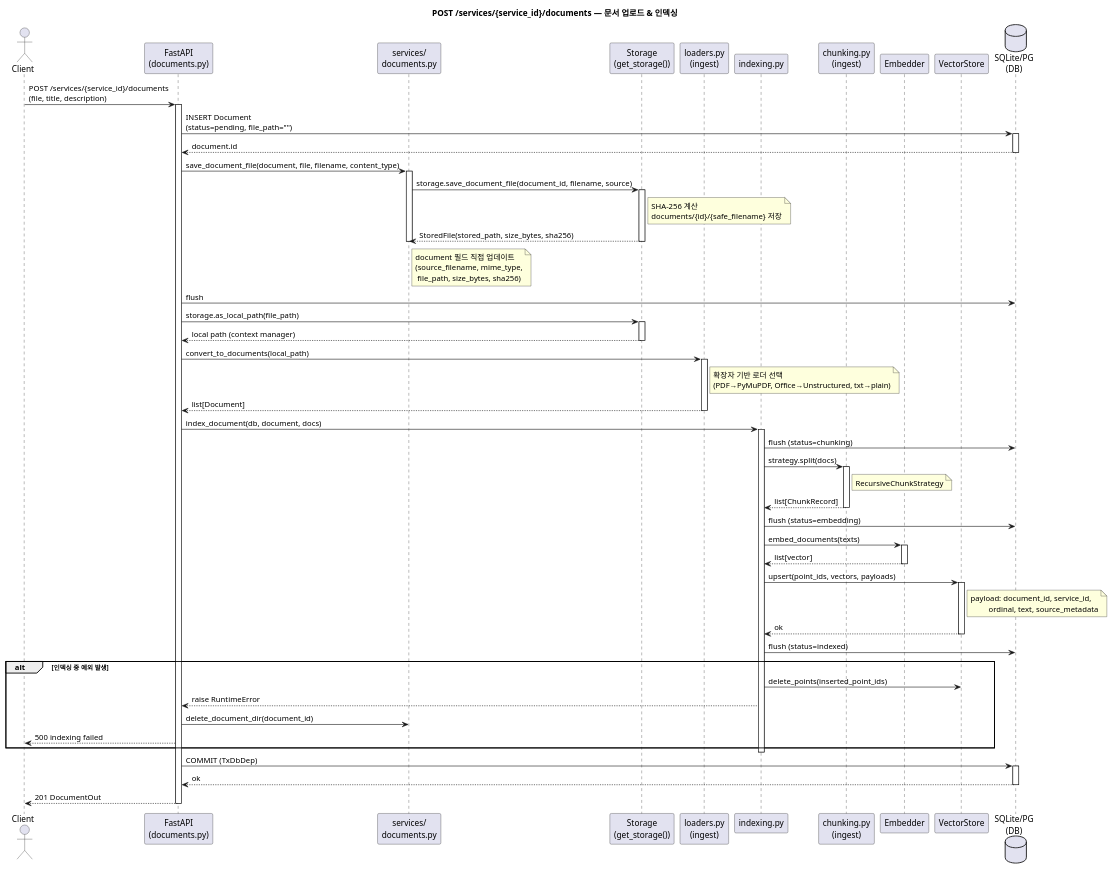
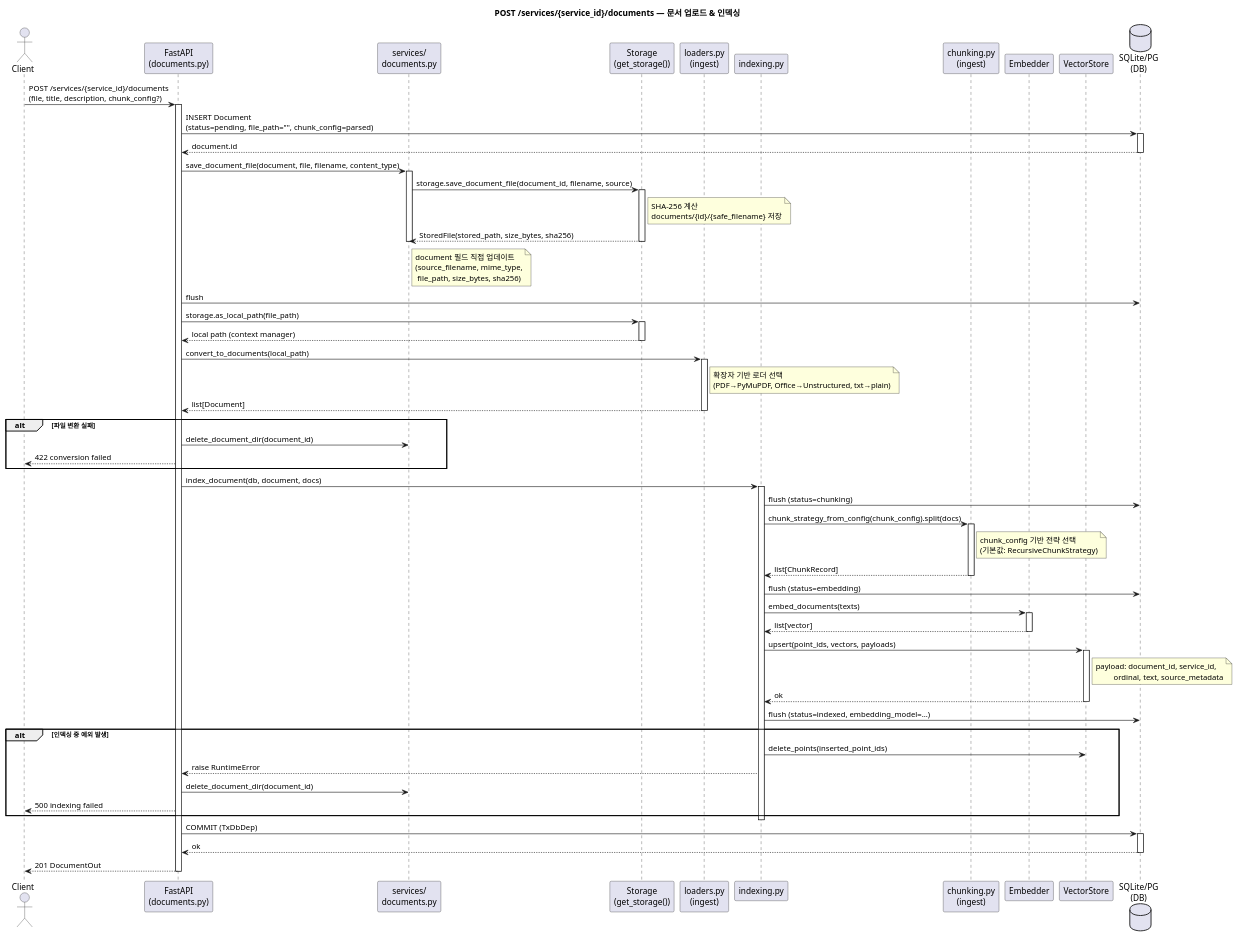
The diagram in docs/diagrams/document_create.puml (sigmoidx0/ragkit), drawn with PlantUML before and after one commit. The commit also changed 36 other files, not shown here.

```diff
--- a/docs/diagrams/document_create.puml
+++ b/docs/diagrams/document_create.puml
@@ -1,106 +1,112 @@
 @startuml Document Create
 
 title POST /services/{service_id}/documents — 문서 업로드 & 인덱싱
 
 actor Client
 participant "FastAPI\n(documents.py)" as API
 participant "services/\ndocuments.py" as SVC
 participant "Storage\n(get_storage())" as FS
 participant "loaders.py\n(ingest)" as LDR
 participant "indexing.py" as IDX
 participant "chunking.py\n(ingest)" as ING
 participant "Embedder" as EMB
 participant "VectorStore" as QD
 database "SQLite/PG\n(DB)" as DB
 
-Client -> API : POST /services/{service_id}/documents\n(file, title, description)
+Client -> API : POST /services/{service_id}/documents\n(file, title, description, chunk_config?)
 activate API
 
-API -> DB : INSERT Document\n(status=pending, file_path="")
+API -> DB : INSERT Document\n(status=pending, file_path="", chunk_config=parsed)
 activate DB
 DB --> API : document.id
 deactivate DB
 
 API -> SVC : save_document_file(document, file, filename, content_type)
 activate SVC
 SVC -> FS : storage.save_document_file(document_id, filename, source)
 activate FS
 note right of FS
   SHA-256 계산
   documents/{id}/{safe_filename} 저장
 end note
 FS --> SVC : StoredFile(stored_path, size_bytes, sha256)
 deactivate FS
 note right of SVC
   document 필드 직접 업데이트
   (source_filename, mime_type,
    file_path, size_bytes, sha256)
 end note
 deactivate SVC
 
 API -> DB : flush
 
 API -> FS : storage.as_local_path(file_path)
 activate FS
 FS --> API : local path (context manager)
 deactivate FS
 
 API -> LDR : convert_to_documents(local_path)
 activate LDR
 note right of LDR
   확장자 기반 로더 선택
   (PDF→PyMuPDF, Office→Unstructured, txt→plain)
 end note
 LDR --> API : list[Document]
 deactivate LDR
 
+alt 파일 변환 실패
+  API -> SVC : delete_document_dir(document_id)
+  API --> Client : 422 conversion failed
+end
+
 API -> IDX : index_document(db, document, docs)
 activate IDX
 
 IDX -> DB : flush (status=chunking)
 
-IDX -> ING : strategy.split(docs)
+IDX -> ING : chunk_strategy_from_config(chunk_config).split(docs)
 activate ING
 note right of ING
-  RecursiveChunkStrategy
+  chunk_config 기반 전략 선택
+  (기본값: RecursiveChunkStrategy)
 end note
 ING --> IDX : list[ChunkRecord]
 deactivate ING
 
 IDX -> DB : flush (status=embedding)
 
 IDX -> EMB : embed_documents(texts)
 activate EMB
 EMB --> IDX : list[vector]
 deactivate EMB
 
 IDX -> QD : upsert(point_ids, vectors, payloads)
 activate QD
 note right of QD
   payload: document_id, service_id,
            ordinal, text, source_metadata
 end note
 QD --> IDX : ok
 deactivate QD
 
-IDX -> DB : flush (status=indexed)
+IDX -> DB : flush (status=indexed, embedding_model=...)
 
 alt 인덱싱 중 예외 발생
   IDX -> QD : delete_points(inserted_point_ids)
   IDX --> API : raise RuntimeError
   API -> SVC : delete_document_dir(document_id)
   API --> Client : 500 indexing failed
 end
 
 deactivate IDX
 
 API -> DB : COMMIT (TxDbDep)
 activate DB
 DB --> API : ok
 deactivate DB
 
 API --> Client : 201 DocumentOut
 
 deactivate API
 
 @enduml
```
